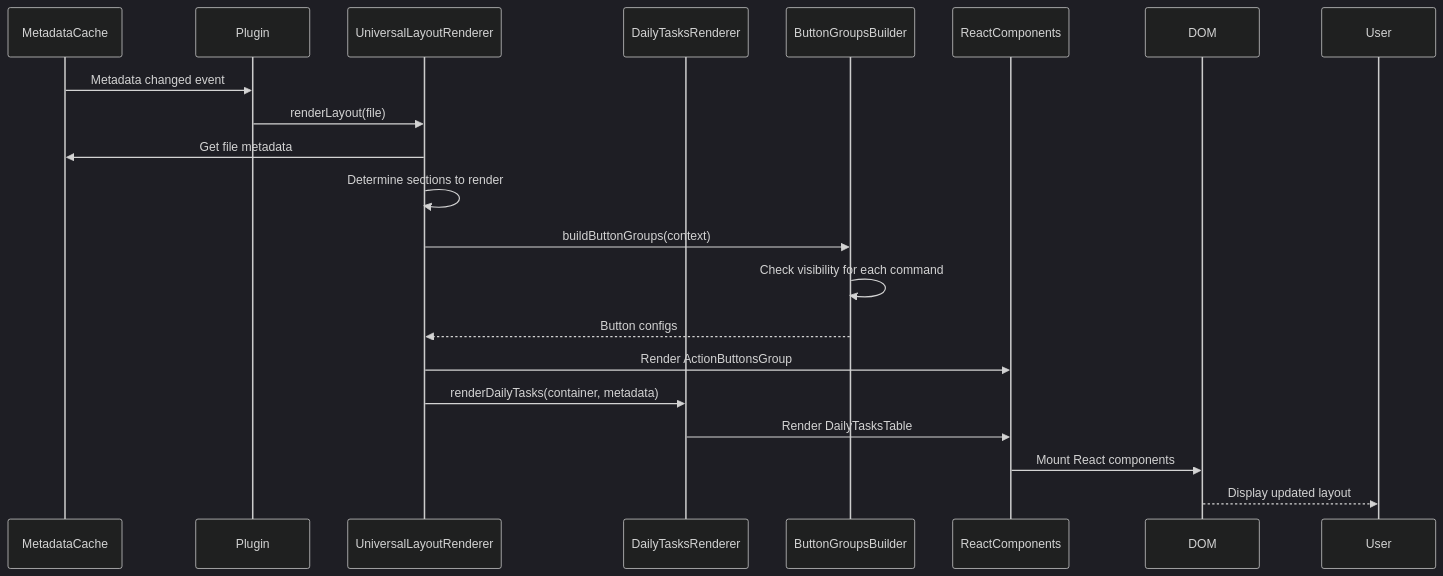
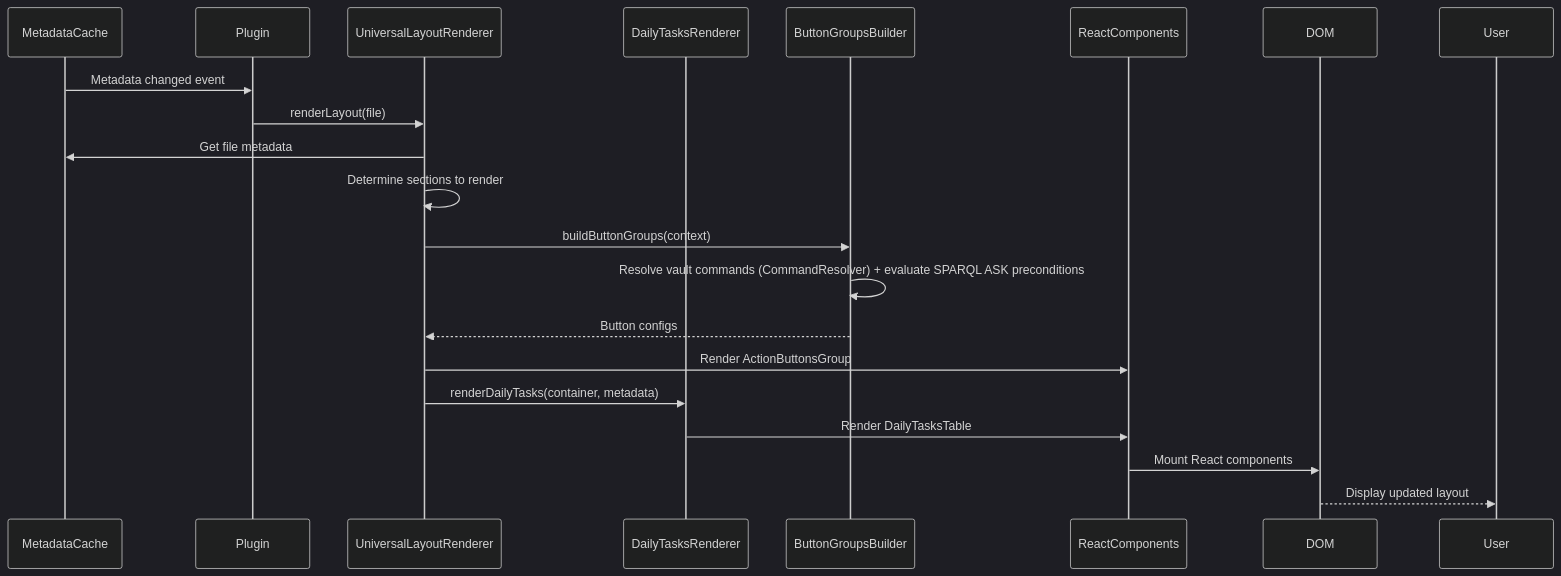
The third of 4 diagrams in ARCHITECTURE.md (kitelev/exocortex), drawn with Mermaid (dark theme) before and after one commit. The commit also changed other lines of this file, not shown here.

First line of the commit message:
docs(architecture): align ARCHITECTURE.md with post-#3384 codebase

````diff
--- a/ARCHITECTURE.md
+++ b/ARCHITECTURE.md
@@ -795,23 +744,23 @@
 ```mermaid
 sequenceDiagram
     participant MetadataCache
     participant Plugin
     participant UniversalLayoutRenderer
     participant DailyTasksRenderer
     participant ButtonGroupsBuilder
     participant ReactComponents
     participant DOM
 
     MetadataCache->>Plugin: Metadata changed event
     Plugin->>UniversalLayoutRenderer: renderLayout(file)
     UniversalLayoutRenderer->>MetadataCache: Get file metadata
     UniversalLayoutRenderer->>UniversalLayoutRenderer: Determine sections to render
     UniversalLayoutRenderer->>ButtonGroupsBuilder: buildButtonGroups(context)
-    ButtonGroupsBuilder->>ButtonGroupsBuilder: Check visibility for each command
+    ButtonGroupsBuilder->>ButtonGroupsBuilder: Resolve vault commands (CommandResolver) + evaluate SPARQL ASK preconditions
     ButtonGroupsBuilder-->>UniversalLayoutRenderer: Button configs
     UniversalLayoutRenderer->>ReactComponents: Render ActionButtonsGroup
     UniversalLayoutRenderer->>DailyTasksRenderer: renderDailyTasks(container, metadata)
     DailyTasksRenderer->>ReactComponents: Render DailyTasksTable
     ReactComponents->>DOM: Mount React components
     DOM-->>User: Display updated layout
 ```
````
